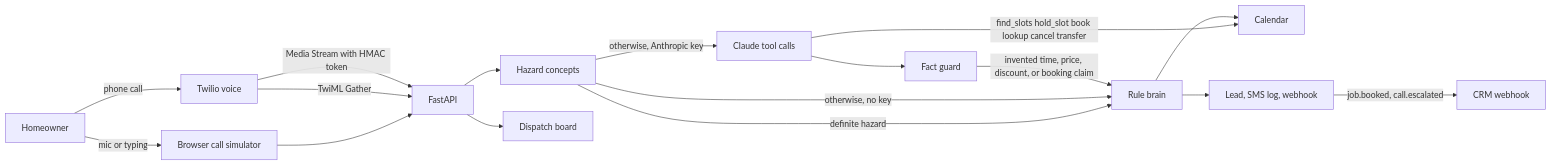
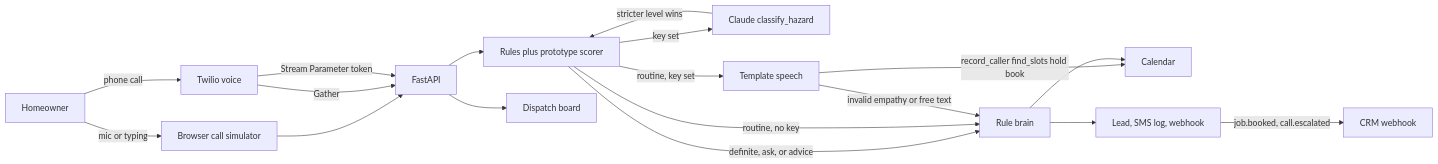
Before and after one commit to asadurrehmandev/ai-receptionist-home-services: the diagram in README.md, drawn with Mermaid. The commit also changed other lines of this file and 20 other files, not shown here.

First line of the commit message:
Render caller facts from templates and generalize hazard checks.

````diff
--- a/README.md
+++ b/README.md
@@ -32,31 +32,32 @@
 ```mermaid
 flowchart LR
   caller[Homeowner]
   sim[Browser call simulator]
   twilio[Twilio voice]
   api[FastAPI]
-  hazard[Hazard concepts]
+  hazard[Rules plus prototype scorer]
+  claude[Claude classify_hazard]
   rules[Rule brain]
-  claude[Claude tool calls]
-  guard[Fact guard]
+  speech[Template speech]
   cal[Calendar]
   crm[Lead, SMS log, webhook]
   desk[Dispatch board]
 
   caller -->|mic or typing| sim
   caller -->|phone call| twilio
   sim --> api
-  twilio -->|TwiML Gather| api
-  twilio -->|Media Stream with HMAC token| api
+  twilio -->|Gather| api
+  twilio -->|Stream Parameter token| api
   api --> hazard
-  hazard -->|definite hazard| rules
-  hazard -->|otherwise, no key| rules
-  hazard -->|otherwise, Anthropic key| claude
-  claude -->|find_slots hold_slot book lookup cancel transfer| cal
-  claude --> guard
-  guard -->|invented time, price, discount, or booking claim| rules
+  hazard -->|key set| claude
+  claude -->|stricter level wins| hazard
+  hazard -->|definite, ask, or advice| rules
+  hazard -->|routine, no key| rules
+  hazard -->|routine, key set| speech
+  speech -->|record_caller find_slots hold book| cal
+  speech -->|invalid empathy or free text| rules
   rules --> cal
   rules --> crm
   crm -->|job.booked, call.escalated| hook[CRM webhook]
   api --> desk
 ```
````
